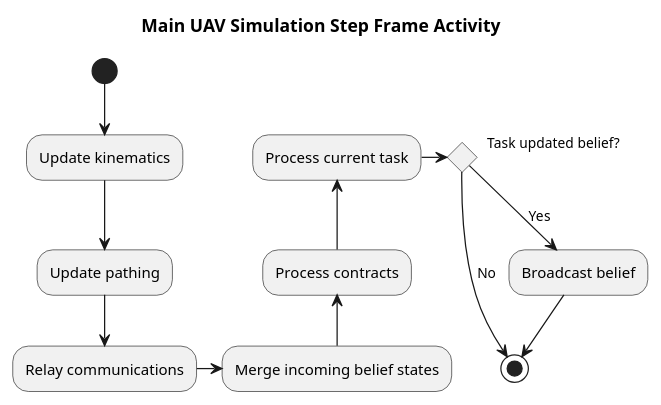
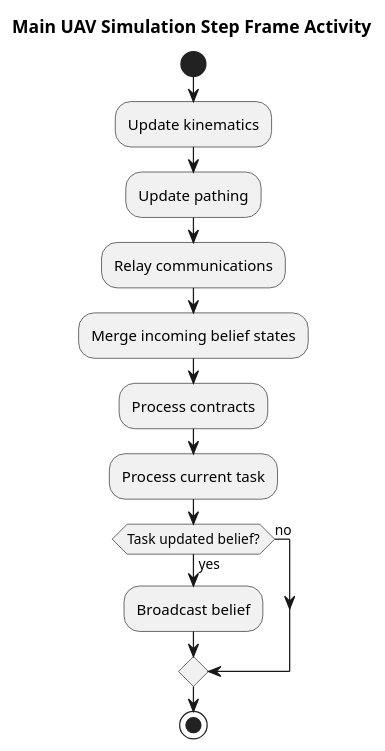
One commit to tansir1/thesis changed the diagram in dissertation/diagrams/uav_activity_main_loop.pu. Above: the diagram before and after it, drawn with PlantUML. The commit also changed 4 other files, not shown here.

Commit message:
UAV task activity diagram cleanup.

```diff
--- a/dissertation/diagrams/uav_activity_main_loop.pu
+++ b/dissertation/diagrams/uav_activity_main_loop.pu
@@ -1,19 +1,20 @@
 @startuml
 
 title Main UAV Simulation Step Frame Activity
 
-(*) -d-> "Update kinematics"
--d-> "Update pathing"
--d-> "Relay communications"
--r-> "Merge incoming belief states"
--u-> "Process contracts"
--u-> "Process current task" as task
+start
+:Update kinematics;
+:Update pathing;
+:Relay communications;
+:Merge incoming belief states;
+:Process contracts;
+:Process current task;
 
-task -r-> if "Task updated belief?" then
-  -d->[Yes] "Broadcast belief"
-  -d-> (*)
-else
-  -d->[No] (*)
+if (Task updated belief?) then (yes)
+  :Broadcast belief;
+else (no)
 endif
 
+stop
+
 @enduml
```
